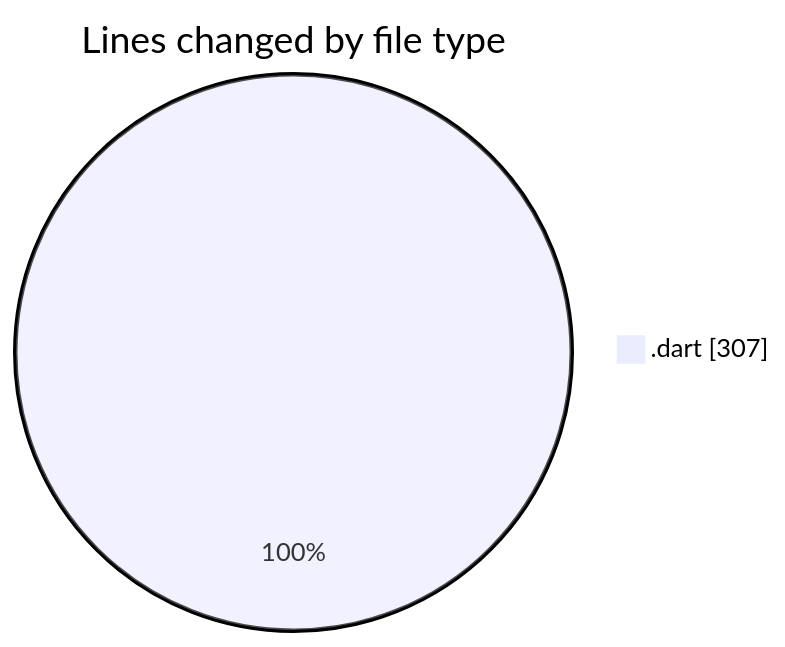
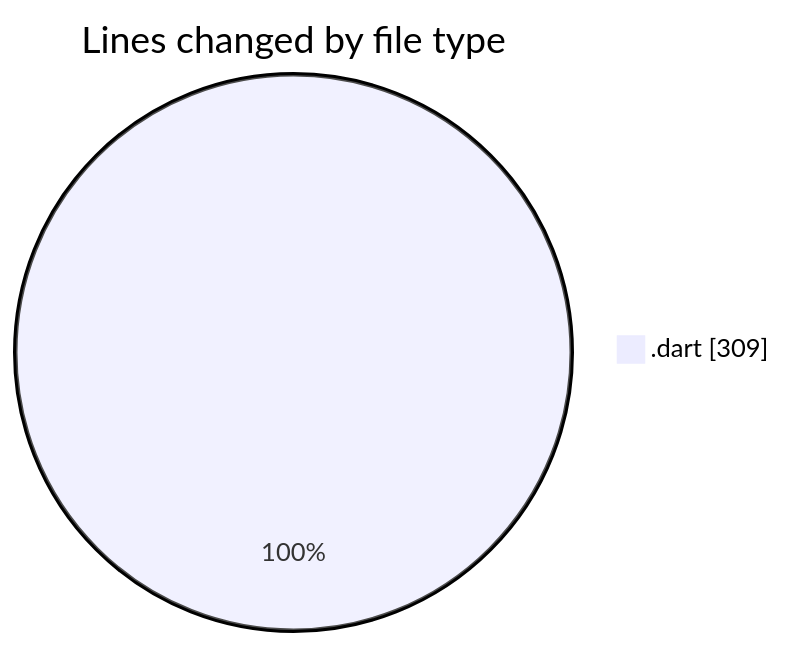
One commit to donsfak/code-tracking changed the first of 2 diagrams in 2025-01-24/trackers_app/README.md. Above: the diagram before and after it, drawn with Mermaid. The commit also changed other lines of this file and 1 other file, not shown here.

````diff
--- a/2025-01-24/trackers_app/README.md
+++ b/2025-01-24/trackers_app/README.md
@@ -22,5 +22,5 @@
 ```mermaid
 pie showData
 title Lines changed by file type
-".dart" : 307
+".dart" : 309
 ```
````
